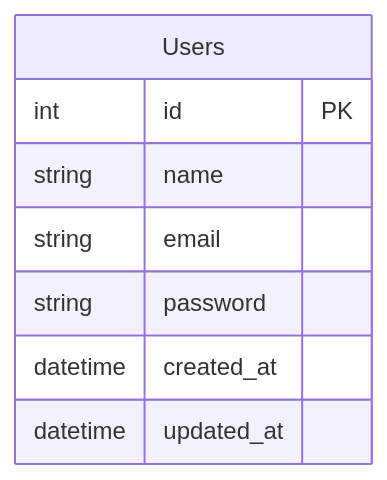
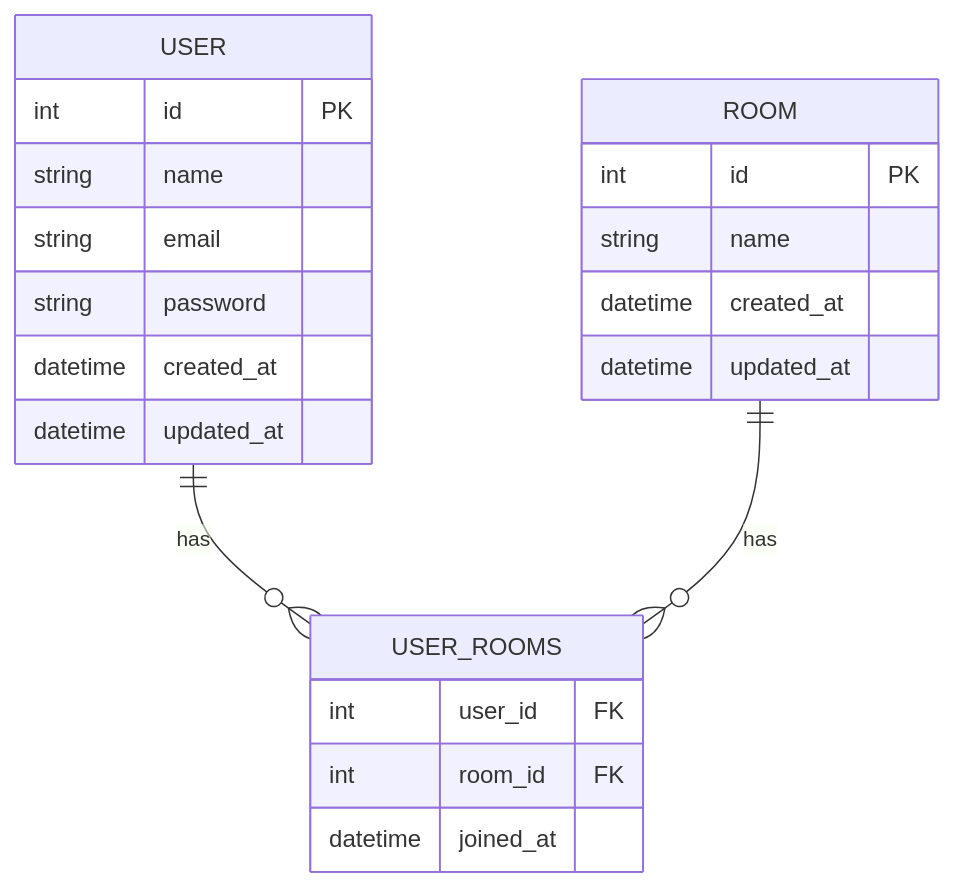
One commit to YNSTakeru/iruka-code-v2 changed the diagram in README.md. Above: the diagram before and after it, drawn with Mermaid. The commit also changed other lines of this file and 1 other file, not shown here.

Commit message:
README.mdの更新

````diff
--- a/README.md
+++ b/README.md
@@ -41,11 +41,26 @@
 ```mermaid
 erDiagram
-    Users {
+    USER {
         int id PK
         string name
         string email
         string password
         datetime created_at
         datetime updated_at
     }
+
+    ROOM {
+        int id PK
+        string name
+        datetime created_at
+        datetime updated_at
+    }
+
+    USER_ROOMS {
+        int user_id FK
+        int room_id FK
+        datetime joined_at
+    }
+    USER ||--o{ USER_ROOMS: "has"
+    ROOM ||--o{ USER_ROOMS: "has"
 ```
````
